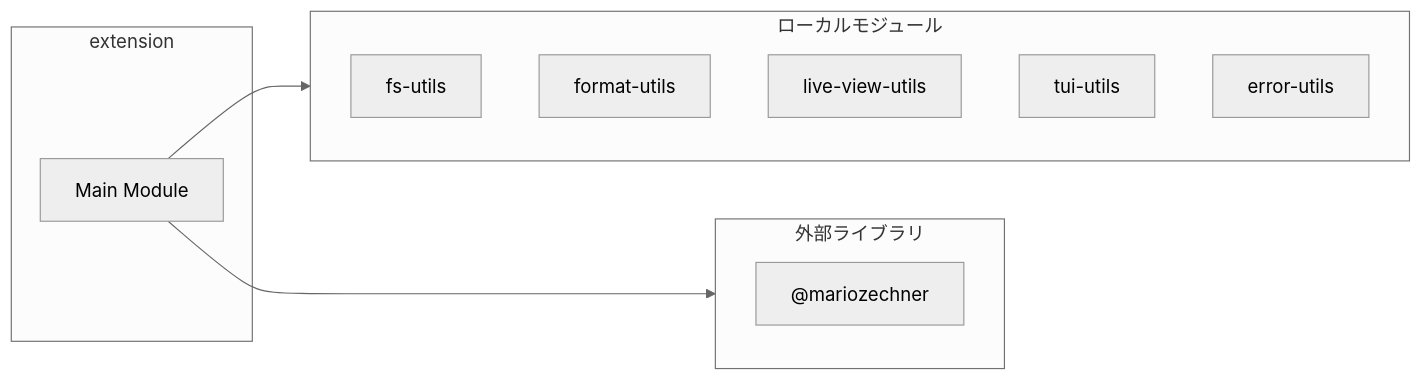
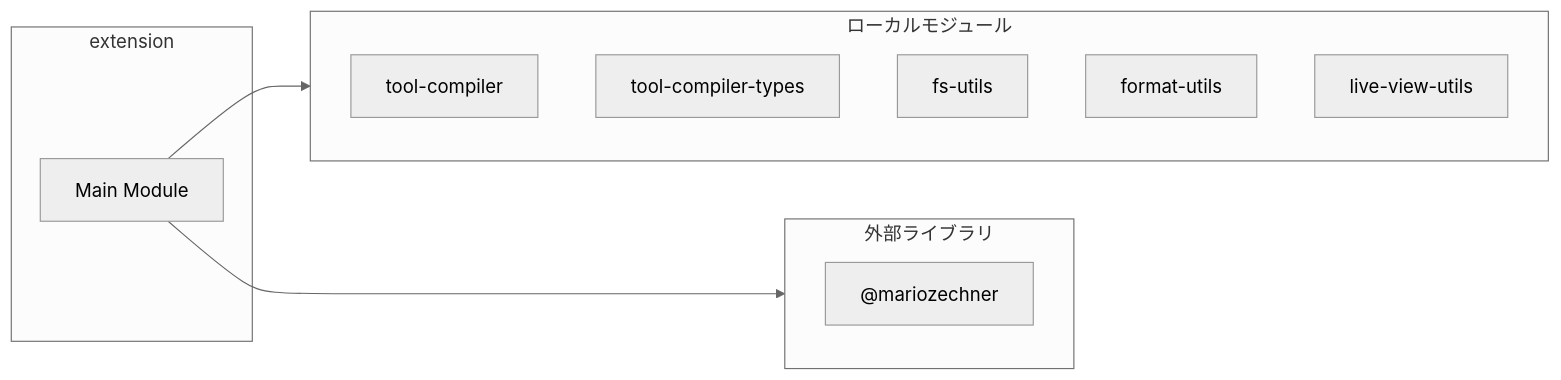
Before and after one commit to Mekann2904/mekann: the ninth of 11 diagrams in ABDD/.pi/extensions/agent-teams/extension.md, drawn with Mermaid (neutral theme). The commit also changed other lines of this file and 257 other files, not shown here.

````diff
--- a/ABDD/.pi/extensions/agent-teams/extension.md
+++ b/ABDD/.pi/extensions/agent-teams/extension.md
@@ -748,20 +773,20 @@
 ```mermaid
 flowchart LR
   subgraph this[extension]
     main[Main Module]
   end
   subgraph local[ローカルモジュール]
+    tool_compiler["tool-compiler"]
+    tool_compiler_types["tool-compiler-types"]
     fs_utils["fs-utils"]
     format_utils["format-utils"]
     live_view_utils["live-view-utils"]
-    tui_utils["tui-utils"]
-    error_utils["error-utils"]
   end
   main --> local
   subgraph external[外部ライブラリ]
     _mariozechner["@mariozechner"]
     _mariozechner["@mariozechner"]
     _mariozechner["@mariozechner"]
   end
   main --> external
 ```
````
